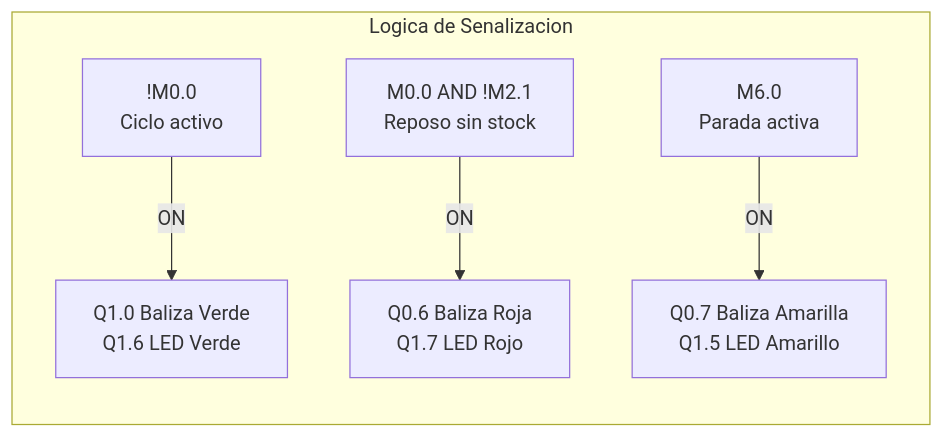
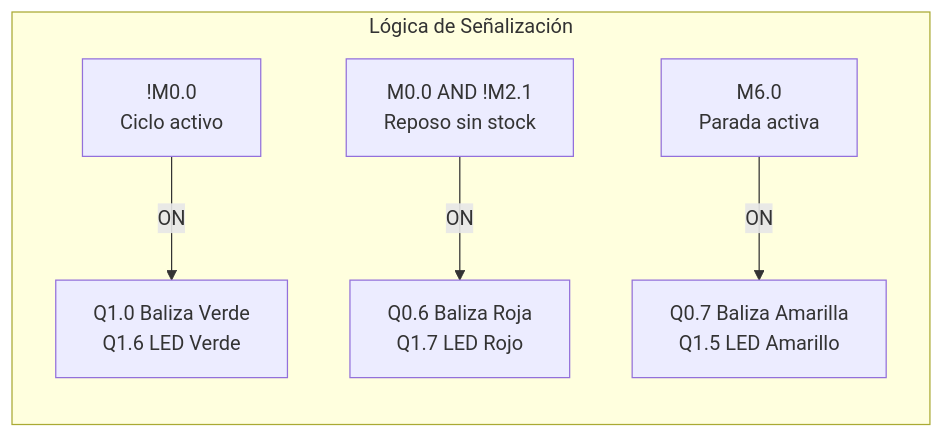
One commit to Sebaasu/xk335b-scada changed the second of 2 diagrams in 3_Ensamblaje/5_Diagrama_Petri.md. Above: the diagram before and after it, drawn with Mermaid. The commit also changed other lines of this file and 29 other files, not shown here.

Commit message:
Diagramas mejorados, libreria eliminada, README Actualizado

````diff
--- a/3_Ensamblaje/5_Diagrama_Petri.md
+++ b/3_Ensamblaje/5_Diagrama_Petri.md
@@ -112,8 +158,8 @@
 ```mermaid
 flowchart LR
-    subgraph SEN["Logica de Senalizacion"]
-        S1["!M0.0\nCiclo activo"]-->|"ON"| BV["Q1.0 Baliza Verde\nQ1.6 LED Verde"]
-        S2["M0.0 AND !M2.1\nReposo sin stock"]-->|"ON"| BR["Q0.6 Baliza Roja\nQ1.7 LED Rojo"]
-        S3["M6.0\nParada activa"]-->|"ON"| BA["Q0.7 Baliza Amarilla\nQ1.5 LED Amarillo"]
+    subgraph SEN["Lógica de Señalización"]
+        S1["!M0.0\nCiclo activo"] -->|"ON"| BV["Q1.0 Baliza Verde\nQ1.6 LED Verde"]
+        S2["M0.0 AND !M2.1\nReposo sin stock"] -->|"ON"| BR["Q0.6 Baliza Roja\nQ1.7 LED Rojo"]
+        S3["M6.0\nParada activa"] -->|"ON"| BA["Q0.7 Baliza Amarilla\nQ1.5 LED Amarillo"]
     end
 ```
````
